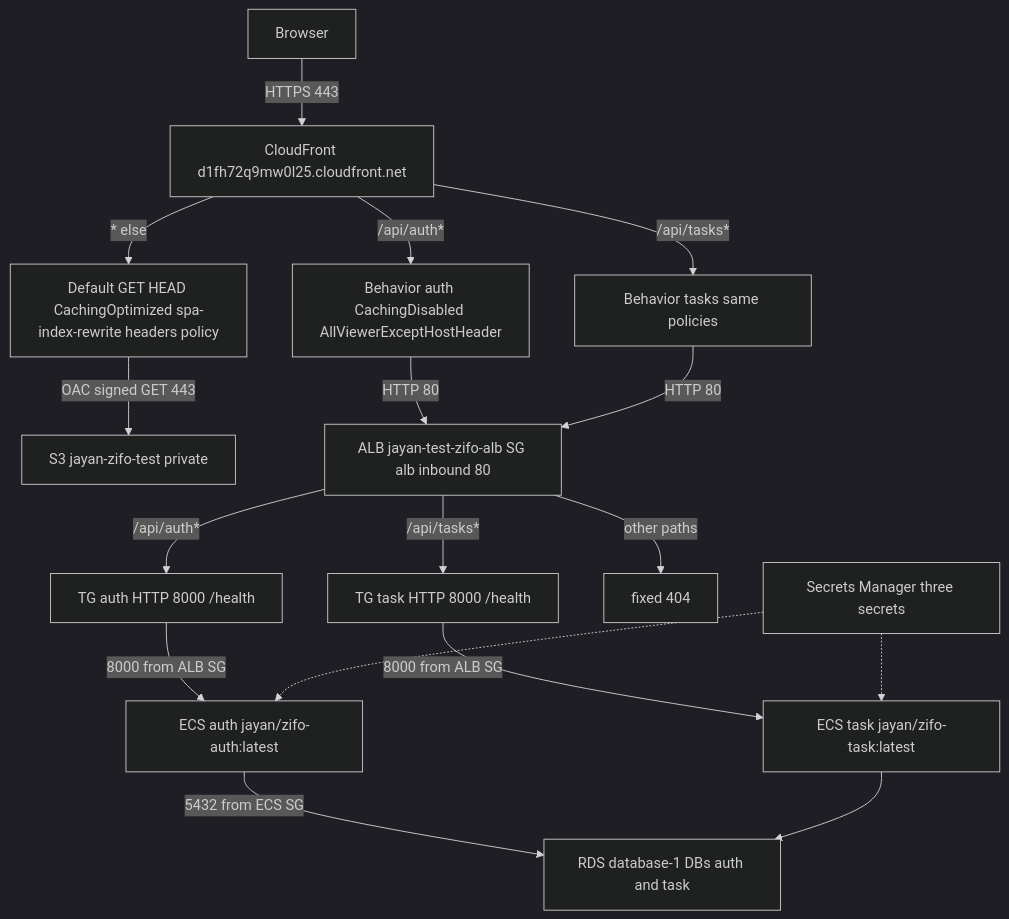
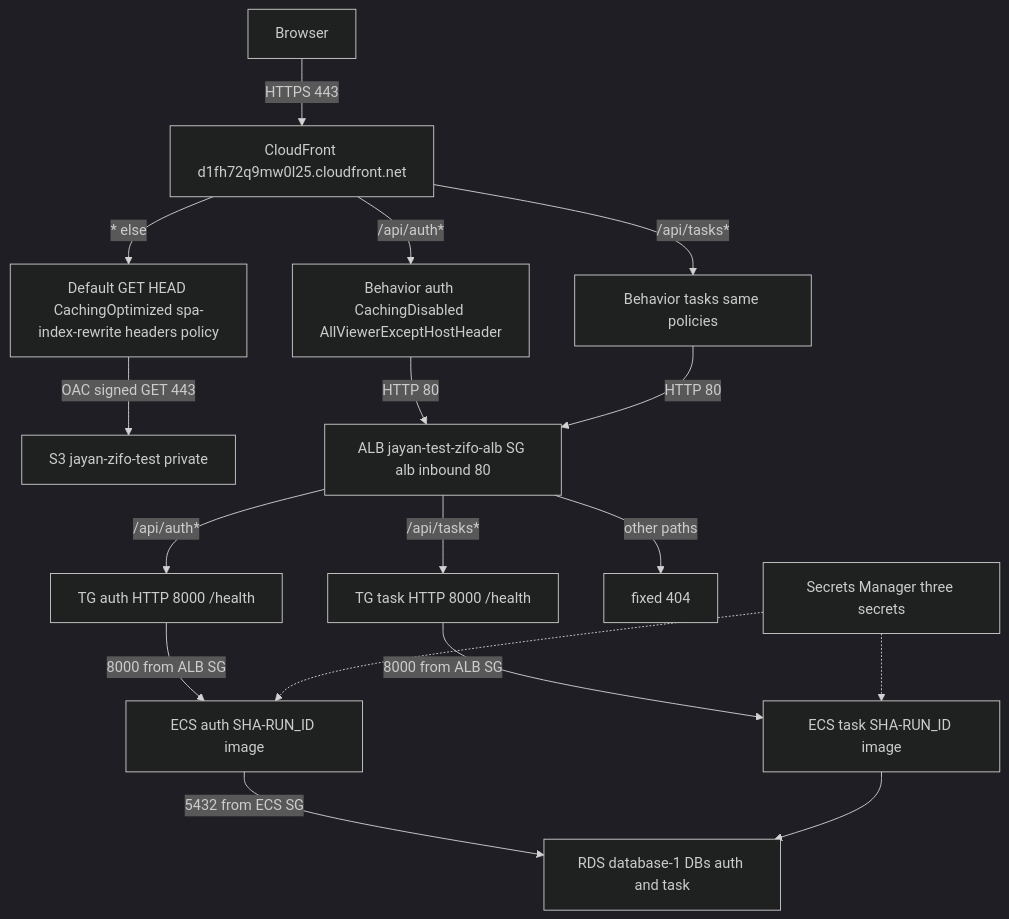
Before and after one commit to jayanlee/Zifo-Test: the first of 4 diagrams in docs/lld.md, drawn with Mermaid (dark theme). The commit also changed other lines of this file and 1 other file, not shown here.

````diff
--- a/docs/lld.md
+++ b/docs/lld.md
@@ -18,19 +18,19 @@
 ```mermaid
 flowchart TB
   U[Browser] -->|HTTPS 443| CF[CloudFront d1fh72q9mw0l25.cloudfront.net]
   CF -->|/api/auth*| B1[Behavior auth CachingDisabled AllViewerExceptHostHeader]
   CF -->|/api/tasks*| B2[Behavior tasks same policies]
   CF -->|* else| B0[Default GET HEAD CachingOptimized spa-index-rewrite headers policy]
   B0 -->|OAC signed GET 443| S3[S3 jayan-zifo-test private]
   B1 -->|HTTP 80| ALB[ALB jayan-test-zifo-alb SG alb inbound 80]
   B2 -->|HTTP 80| ALB
   ALB -->|/api/auth*| TG1[TG auth HTTP 8000 /health]
   ALB -->|/api/tasks*| TG2[TG task HTTP 8000 /health]
   ALB -->|other paths| R404[fixed 404]
-  TG1 -->|8000 from ALB SG| AUTH[ECS auth jayan/zifo-auth:latest]
-  TG2 -->|8000 from ALB SG| TASK[ECS task jayan/zifo-task:latest]
+  TG1 -->|8000 from ALB SG| AUTH[ECS auth SHA-RUN_ID image]
+  TG2 -->|8000 from ALB SG| TASK[ECS task SHA-RUN_ID image]
   AUTH -->|5432 from ECS SG| RDS[RDS database-1 DBs auth and task]
   TASK --> RDS
   SM[Secrets Manager three secrets] -.-> AUTH
   SM -.-> TASK
 ```
````
